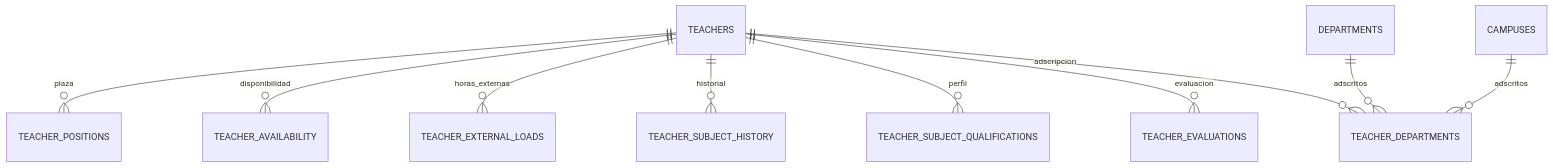
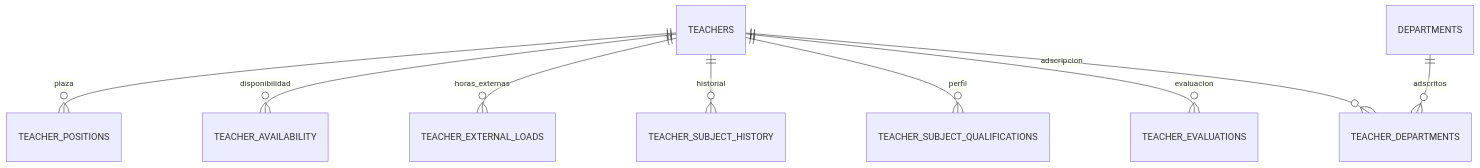
The third of 5 diagrams in docs/dominio/modelo-de-datos.md (Erne1357/nexus), drawn with Mermaid before and after one commit. The commit also changed other lines of this file and 24 other files, not shown here.

First line of the commit message:
feat(faculty): adscribe teachers to departments, not campuses

````diff
--- a/docs/dominio/modelo-de-datos.md
+++ b/docs/dominio/modelo-de-datos.md
@@ -94,12 +94,11 @@
 ```mermaid
 erDiagram
     TEACHERS ||--o{ TEACHER_POSITIONS : plaza
     TEACHERS ||--o{ TEACHER_AVAILABILITY : disponibilidad
     TEACHERS ||--o{ TEACHER_EXTERNAL_LOADS : horas_externas
     TEACHERS ||--o{ TEACHER_SUBJECT_HISTORY : historial
     TEACHERS ||--o{ TEACHER_SUBJECT_QUALIFICATIONS : perfil
     TEACHERS ||--o{ TEACHER_EVALUATIONS : evaluacion
     TEACHERS ||--o{ TEACHER_DEPARTMENTS : adscripcion
     DEPARTMENTS ||--o{ TEACHER_DEPARTMENTS : adscritos
-    CAMPUSES ||--o{ TEACHER_DEPARTMENTS : adscritos
 ```
````
